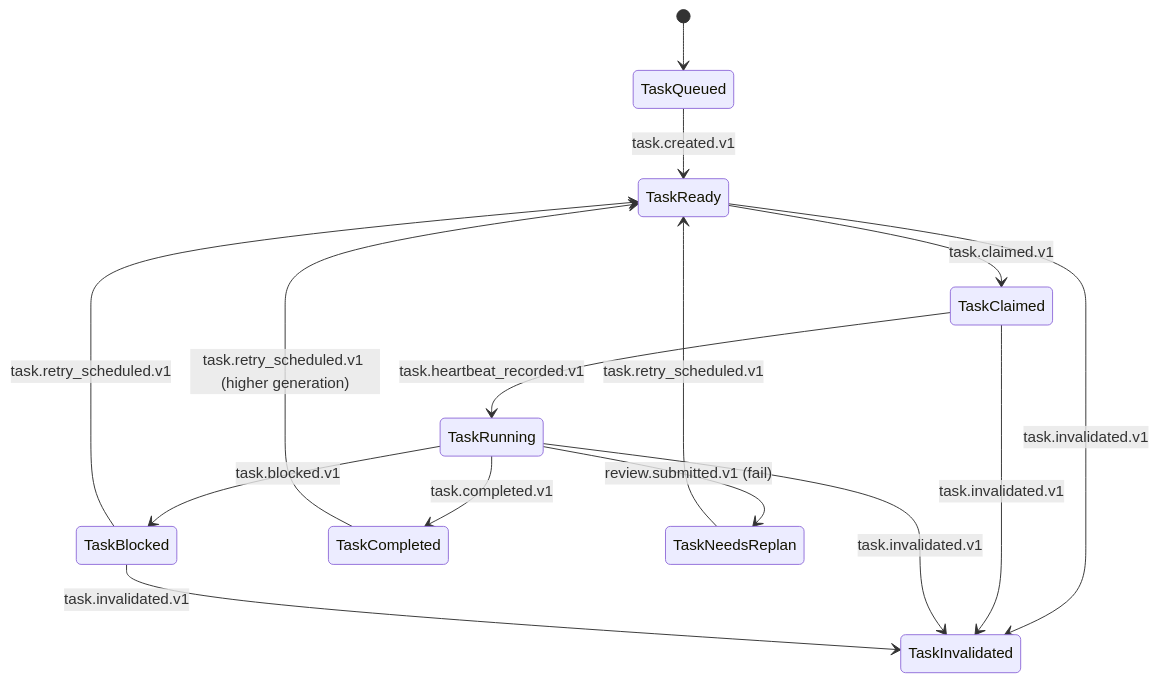
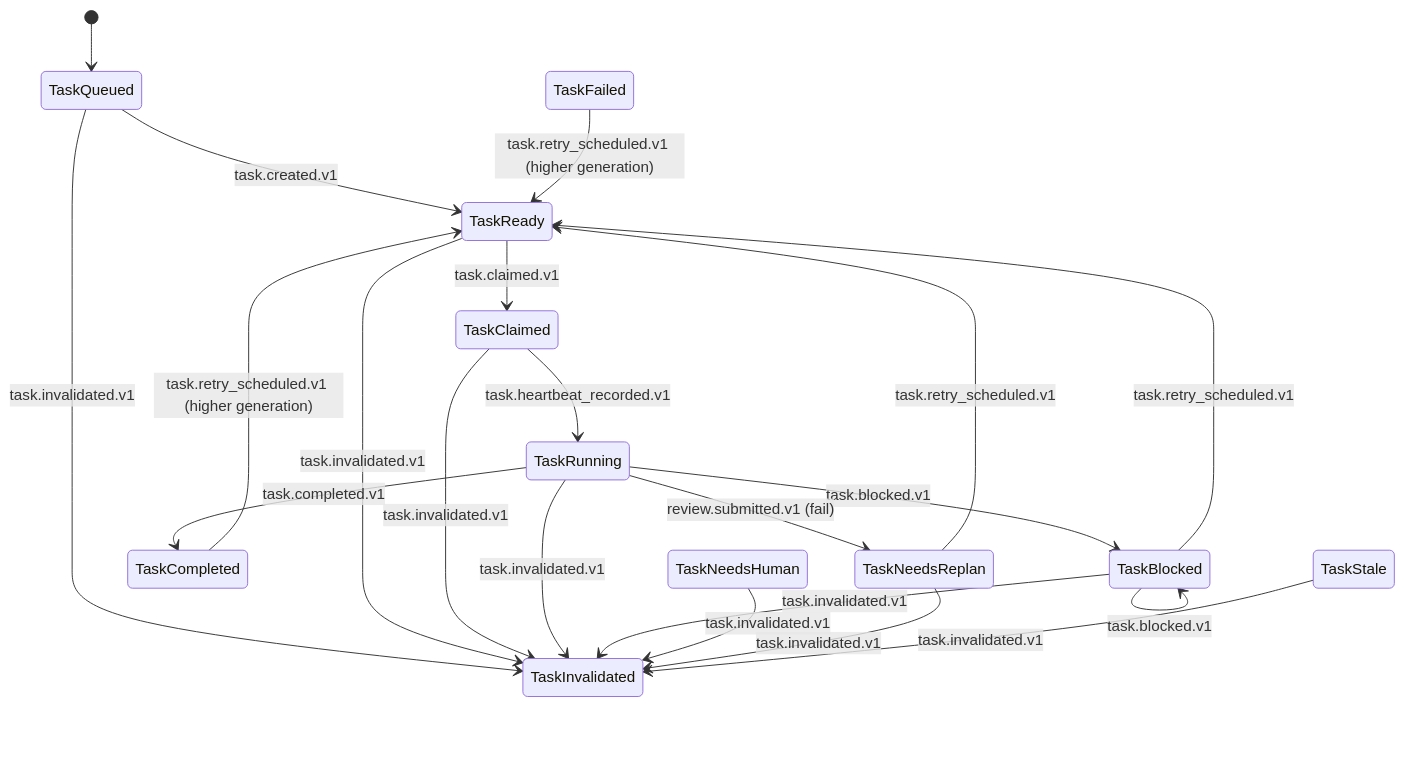
Before and after one commit to 9thLevelSoftware/legion-ascended: the first of 3 diagrams in docs/next/evidence/P01-T07/state-diagram.md, drawn with Mermaid. The commit also changed other lines of this file and 8 other files, not shown here.

````diff
--- a/docs/next/evidence/P01-T07/state-diagram.md
+++ b/docs/next/evidence/P01-T07/state-diagram.md
@@ -5,17 +5,23 @@
 ```mermaid
 stateDiagram-v2
   [*] --> TaskQueued
   TaskQueued --> TaskReady: task.created.v1
   TaskReady --> TaskClaimed: task.claimed.v1
   TaskClaimed --> TaskRunning: task.heartbeat_recorded.v1
   TaskRunning --> TaskBlocked: task.blocked.v1
   TaskRunning --> TaskCompleted: task.completed.v1
   TaskRunning --> TaskNeedsReplan: review.submitted.v1 (fail)
+  TaskBlocked --> TaskBlocked: task.blocked.v1
   TaskBlocked --> TaskReady: task.retry_scheduled.v1
   TaskNeedsReplan --> TaskReady: task.retry_scheduled.v1
   TaskCompleted --> TaskReady: task.retry_scheduled.v1 (higher generation)
+  TaskFailed --> TaskReady: task.retry_scheduled.v1 (higher generation)
+  TaskQueued --> TaskInvalidated: task.invalidated.v1
   TaskReady --> TaskInvalidated: task.invalidated.v1
   TaskClaimed --> TaskInvalidated: task.invalidated.v1
   TaskRunning --> TaskInvalidated: task.invalidated.v1
   TaskBlocked --> TaskInvalidated: task.invalidated.v1
+  TaskNeedsHuman --> TaskInvalidated: task.invalidated.v1
+  TaskNeedsReplan --> TaskInvalidated: task.invalidated.v1
+  TaskStale --> TaskInvalidated: task.invalidated.v1
 ```
````
